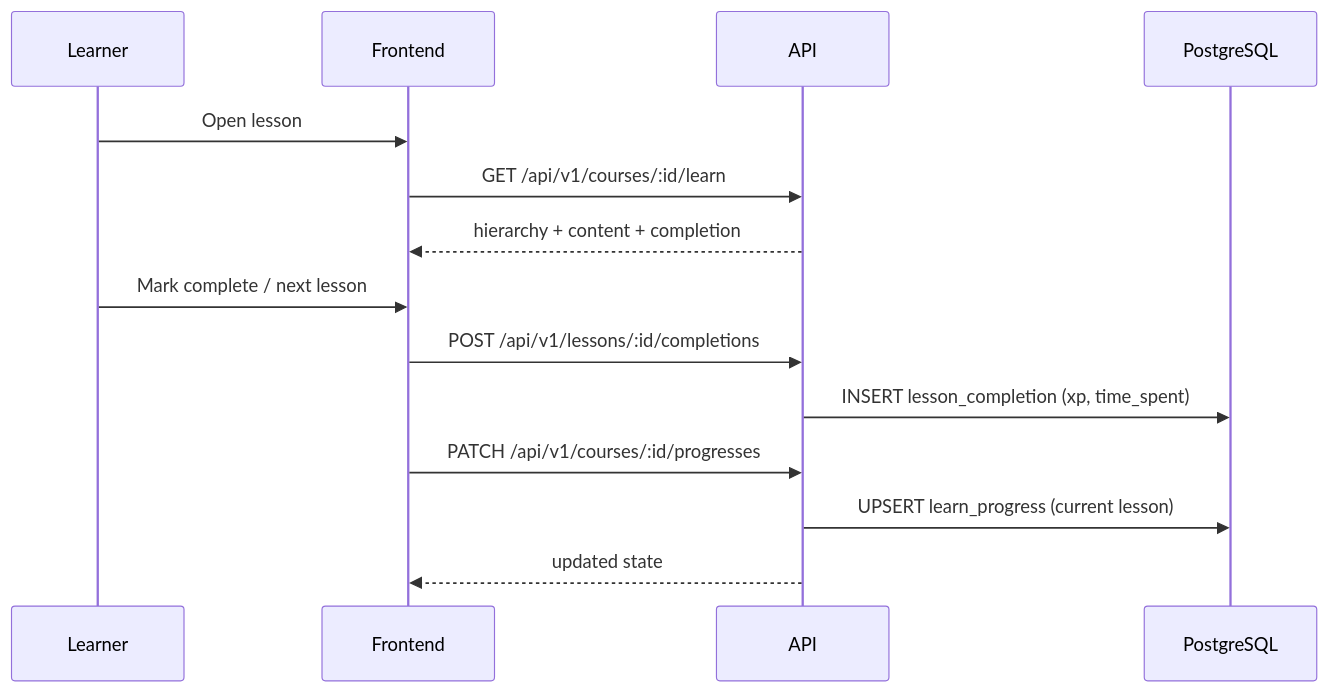
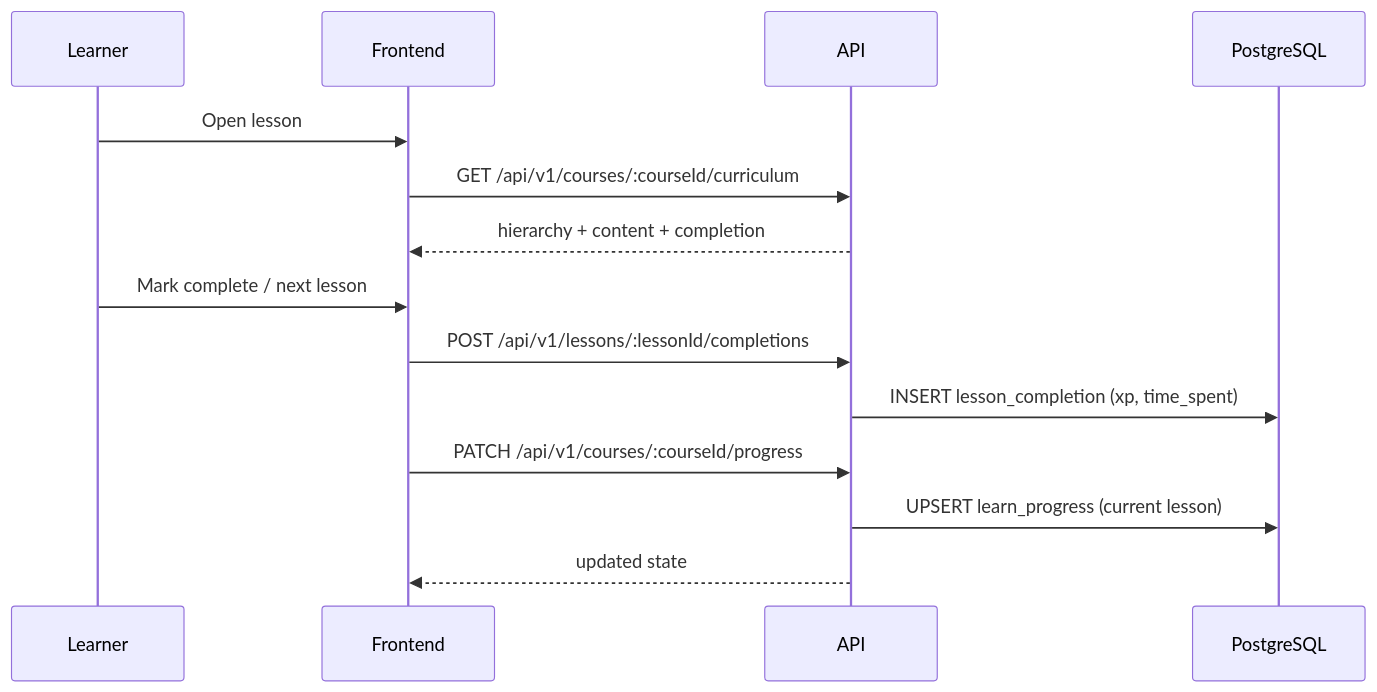
The fifth of 10 diagrams in docs/03-analysis/workflows.md (Rafy-Tho/LearnSphere), drawn with Mermaid before and after one commit. The commit also changed other lines of this file and 65 other files, not shown here.

````diff
--- a/docs/03-analysis/workflows.md
+++ b/docs/03-analysis/workflows.md
@@ -107,17 +107,17 @@
 ```mermaid
 sequenceDiagram
   participant L as Learner
   participant F as Frontend
   participant A as API
   participant DB as PostgreSQL
 
   L->>F: Open lesson
-  F->>A: GET /api/v1/courses/:id/learn
+  F->>A: GET /api/v1/courses/:courseId/curriculum
   A-->>F: hierarchy + content + completion
   L->>F: Mark complete / next lesson
-  F->>A: POST /api/v1/lessons/:id/completions
+  F->>A: POST /api/v1/lessons/:lessonId/completions
   A->>DB: INSERT lesson_completion (xp, time_spent)
-  F->>A: PATCH /api/v1/courses/:id/progresses
+  F->>A: PATCH /api/v1/courses/:courseId/progress
   A->>DB: UPSERT learn_progress (current lesson)
   A-->>F: updated state
 ```
````
